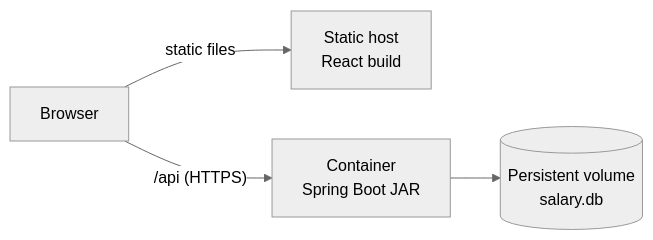
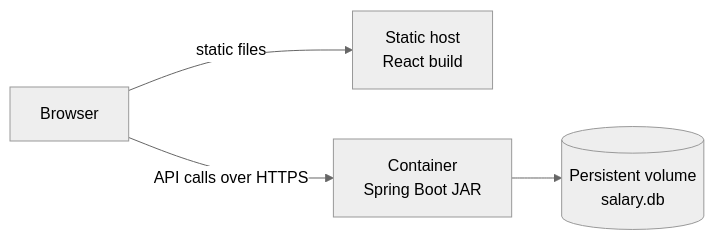
Before and after one commit to kuttekiran97/salary-management-system: the fourth of 5 diagrams in docs/architecture.md, drawn with Mermaid (neutral theme). The commit also changed other lines of this file, not shown here.

First line of the commit message:
docs: fix architecture diagrams that GitHub failed to render

````diff
--- a/docs/architecture.md
+++ b/docs/architecture.md
@@ -105,6 +105,6 @@
 ```mermaid
 flowchart LR
-    B["Browser"] -- "static files" --> STATIC["Static host<br/>React build"]
-    B -- "/api (HTTPS)" --> APP["Container<br/>Spring Boot JAR"]
+    B["Browser"] -->|"static files"| STATIC["Static host<br/>React build"]
+    B -->|"API calls over HTTPS"| APP["Container<br/>Spring Boot JAR"]
     APP --> VOL[("Persistent volume<br/>salary.db")]
 ```
````
